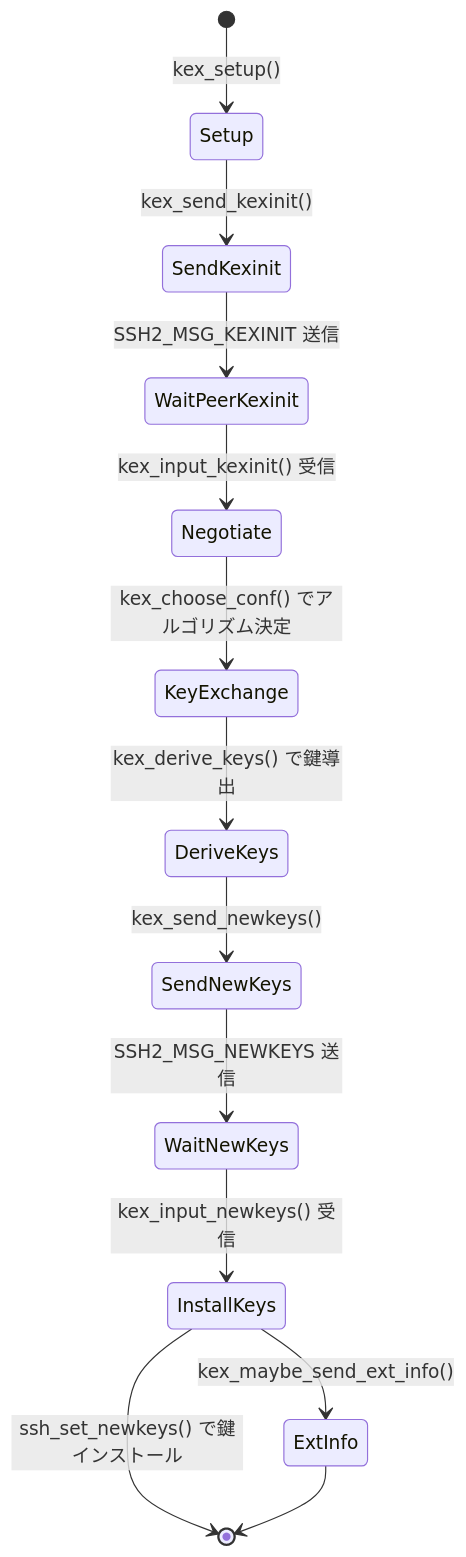
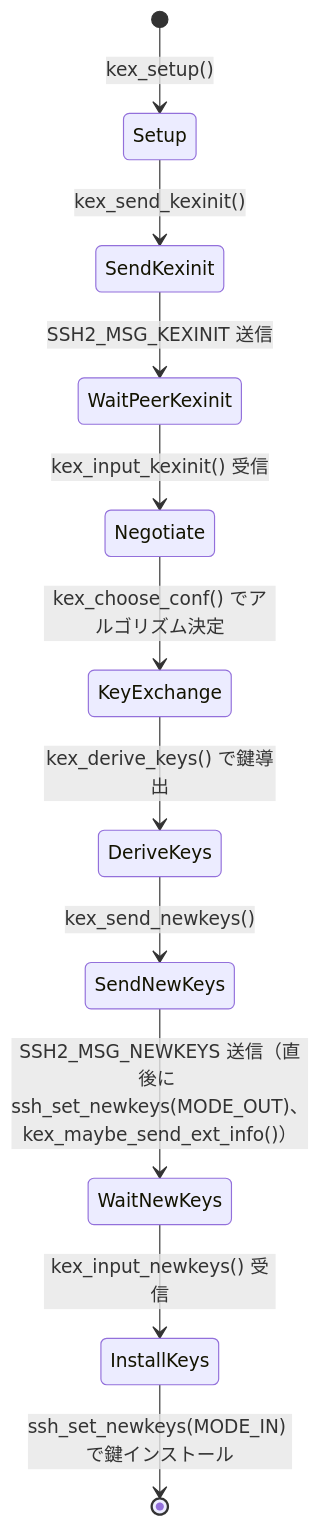
The first of 2 diagrams in openssh/part01-transport/03-key-exchange.md (miyamadoKL/source-code-reading), drawn with Mermaid before and after one commit. The commit also changed other lines of this file and 5 other files, not shown here.

Commit message:
openssh: codex レビュー指摘の修正(EXT_INFO タイミング、鍵状態の受け渡しの向き、rexec の説明ほか10件)

````diff
--- a/openssh/part01-transport/03-key-exchange.md
+++ b/openssh/part01-transport/03-key-exchange.md
@@ -30,16 +30,13 @@
 ```mermaid
 stateDiagram-v2
     [*] --> Setup: kex_setup()
     Setup --> SendKexinit: kex_send_kexinit()
     SendKexinit --> WaitPeerKexinit: SSH2_MSG_KEXINIT 送信
     WaitPeerKexinit --> Negotiate: kex_input_kexinit() 受信
     Negotiate --> KeyExchange: kex_choose_conf() でアルゴリズム決定
     KeyExchange --> DeriveKeys: kex_derive_keys() で鍵導出
     DeriveKeys --> SendNewKeys: kex_send_newkeys()
-    SendNewKeys --> WaitNewKeys: SSH2_MSG_NEWKEYS 送信
+    SendNewKeys --> WaitNewKeys: SSH2_MSG_NEWKEYS 送信（直後に ssh_set_newkeys(MODE_OUT)、kex_maybe_send_ext_info()）
     WaitNewKeys --> InstallKeys: kex_input_newkeys() 受信
-    InstallKeys --> [*]: ssh_set_newkeys() で鍵インストール
-
-    InstallKeys --> ExtInfo: kex_maybe_send_ext_info()
-    ExtInfo --> [*]
+    InstallKeys --> [*]: ssh_set_newkeys(MODE_IN) で鍵インストール
 ```
````
